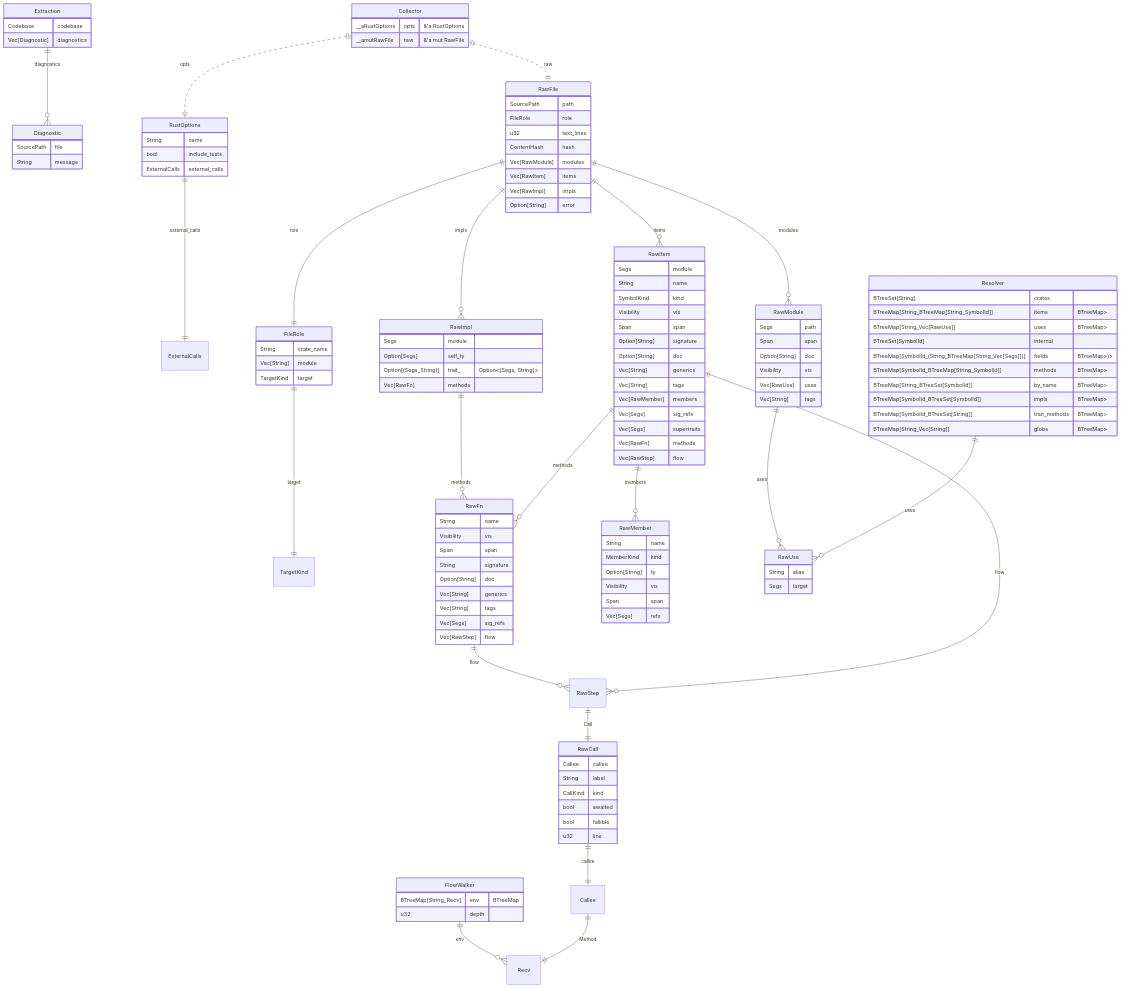
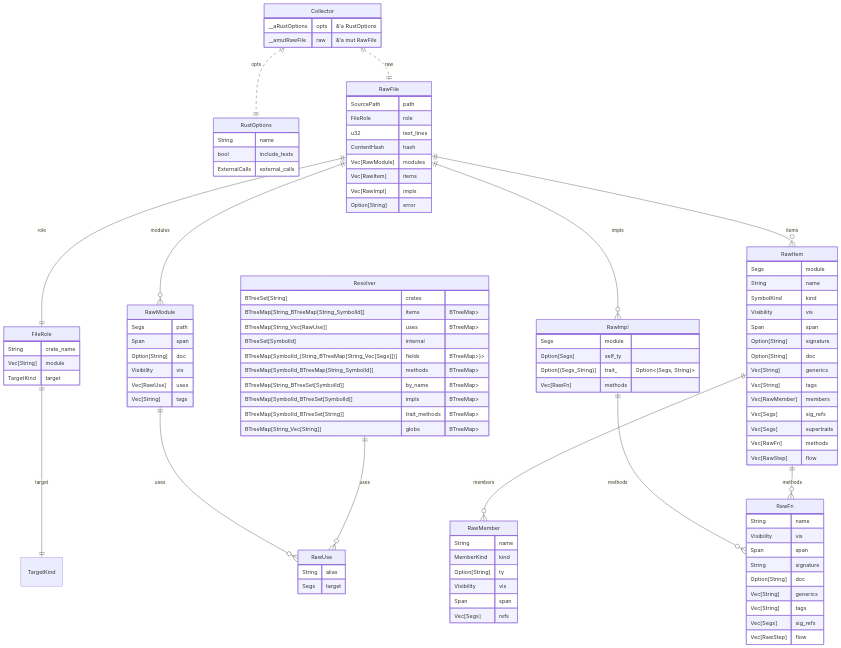
One commit to DreamLab-AI/codemaid changed diagram 12 of 12 in docs/sealmap/_overview.md. Above: the diagram before and after it, drawn with Mermaid. The commit also changed other lines of this file and 37 other files, not shown here.

First line of the commit message:
frontend: extract sealmap-frontend from sealmap-rust

````diff
--- a/docs/sealmap/_overview.md
+++ b/docs/sealmap/_overview.md
@@ -492,14 +550,5 @@
 ```mermaid
 erDiagram
-  sealmap_rust__Diagnostic["Diagnostic"] {
-    SourcePath file
-    String message
-  }
-  sealmap_rust__ExternalCalls["ExternalCalls"]
-  sealmap_rust__Extraction["Extraction"] {
-    Codebase codebase
-    Vec[Diagnostic] diagnostics
-  }
   sealmap_rust__RustOptions["RustOptions"] {
     String name
     bool include_tests
@@ -509,25 +558,12 @@
     __aRustOptions opts "&'a RustOptions"
     __amutRawFile raw "&'a mut RawFile"
   }
-  sealmap_rust__collect__FlowWalker["FlowWalker"] {
-    BTreeMap[String_Recv] env "BTreeMap<String, Recv>"
-    u32 depth
-  }
   sealmap_rust__layout__FileRole["FileRole"] {
     String crate_name
     Vec[String] module
     TargetKind target
   }
   sealmap_rust__layout__TargetKind["TargetKind"]
-  sealmap_rust__raw__Callee["Callee"]
-  sealmap_rust__raw__RawCall["RawCall"] {
-    Callee callee
-    String label
-    CallKind kind
-    bool awaited
-    bool fallible
-    u32 line
-  }
   sealmap_rust__raw__RawFile["RawFile"] {
     SourcePath path
     FileRole role
@@ -587,12 +623,10 @@
     Vec[RawUse] uses
     Vec[String] tags
   }
-  sealmap_rust__raw__RawStep["RawStep"]
   sealmap_rust__raw__RawUse["RawUse"] {
     String alias
     Segs target
   }
-  sealmap_rust__raw__Recv["Recv"]
   sealmap_rust__resolve__Resolver["Resolver"] {
     BTreeSet[String] crates
     BTreeMap[String_BTreeMap[String_SymbolId]] items "BTreeMap<String, BTreeMap<String, SymbolId>>"
@@ -605,24 +639,16 @@
     BTreeMap[SymbolId_BTreeSet[String]] trait_methods "BTreeMap<SymbolId, BTreeSet<String>>"
     BTreeMap[String_Vec[String]] globs "BTreeMap<String, Vec<String>>"
   }
-  sealmap_rust__Extraction ||--o{ sealmap_rust__Diagnostic : "diagnostics"
-  sealmap_rust__RustOptions ||--|| sealmap_rust__ExternalCalls : "external_calls"
   sealmap_rust__collect__Collector ||..|| sealmap_rust__RustOptions : "opts"
   sealmap_rust__collect__Collector ||..|| sealmap_rust__raw__RawFile : "raw"
-  sealmap_rust__collect__FlowWalker ||--o{ sealmap_rust__raw__Recv : "env"
   sealmap_rust__layout__FileRole ||--|| sealmap_rust__layout__TargetKind : "target"
-  sealmap_rust__raw__Callee ||--|| sealmap_rust__raw__Recv : "Method"
-  sealmap_rust__raw__RawCall ||--|| sealmap_rust__raw__Callee : "callee"
   sealmap_rust__raw__RawFile ||--|| sealmap_rust__layout__FileRole : "role"
   sealmap_rust__raw__RawFile ||--o{ sealmap_rust__raw__RawModule : "modules"
   sealmap_rust__raw__RawFile ||--o{ sealmap_rust__raw__RawItem : "items"
   sealmap_rust__raw__RawFile ||--o{ sealmap_rust__raw__RawImpl : "impls"
-  sealmap_rust__raw__RawFn ||--o{ sealmap_rust__raw__RawStep : "flow"
   sealmap_rust__raw__RawImpl ||--o{ sealmap_rust__raw__RawFn : "methods"
   sealmap_rust__raw__RawItem ||--o{ sealmap_rust__raw__RawMember : "members"
   sealmap_rust__raw__RawItem ||--o{ sealmap_rust__raw__RawFn : "methods"
-  sealmap_rust__raw__RawItem ||--o{ sealmap_rust__raw__RawStep : "flow"
   sealmap_rust__raw__RawModule ||--o{ sealmap_rust__raw__RawUse : "uses"
-  sealmap_rust__raw__RawStep ||--|| sealmap_rust__raw__RawCall : "Call"
   sealmap_rust__resolve__Resolver ||--o{ sealmap_rust__raw__RawUse : "uses"
 ```
````
